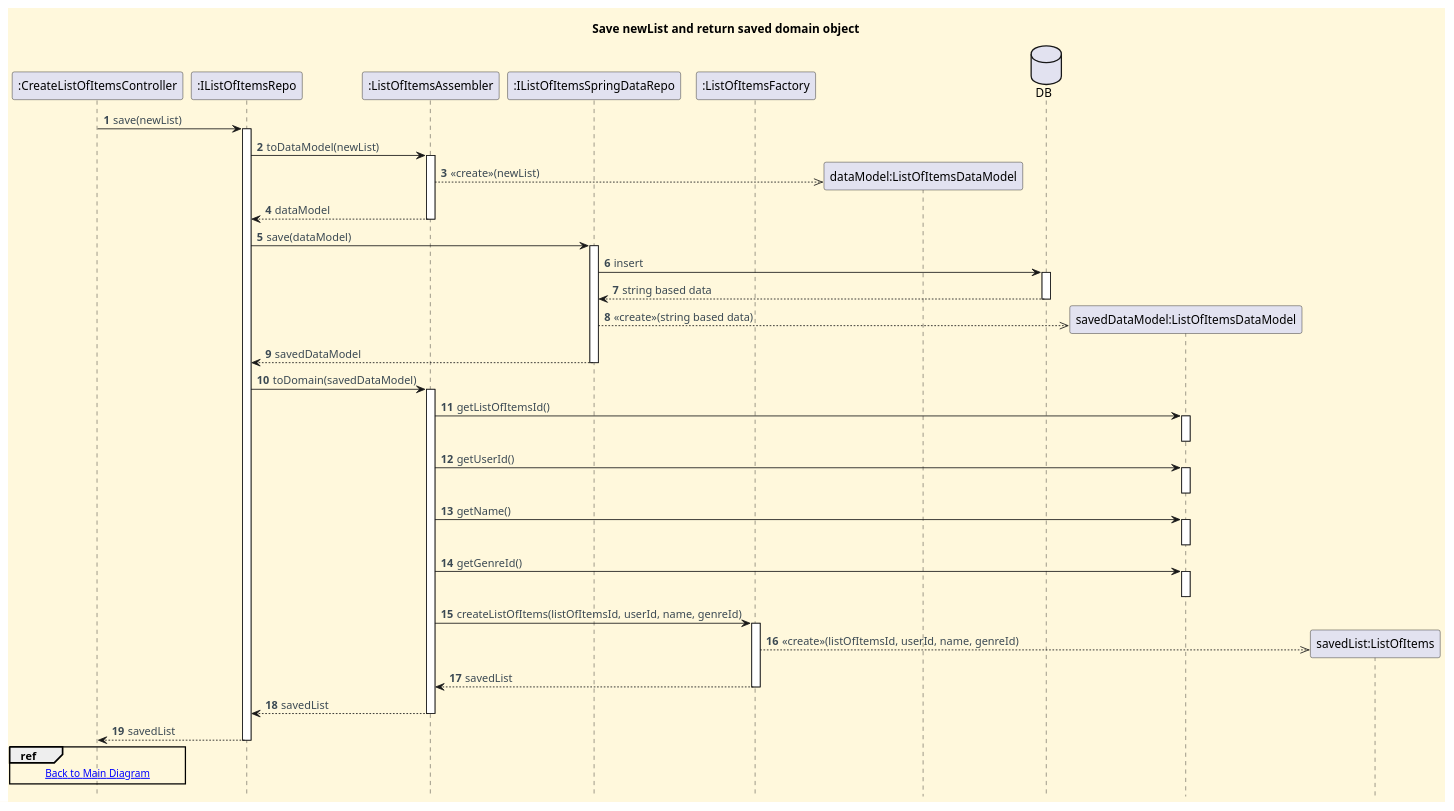
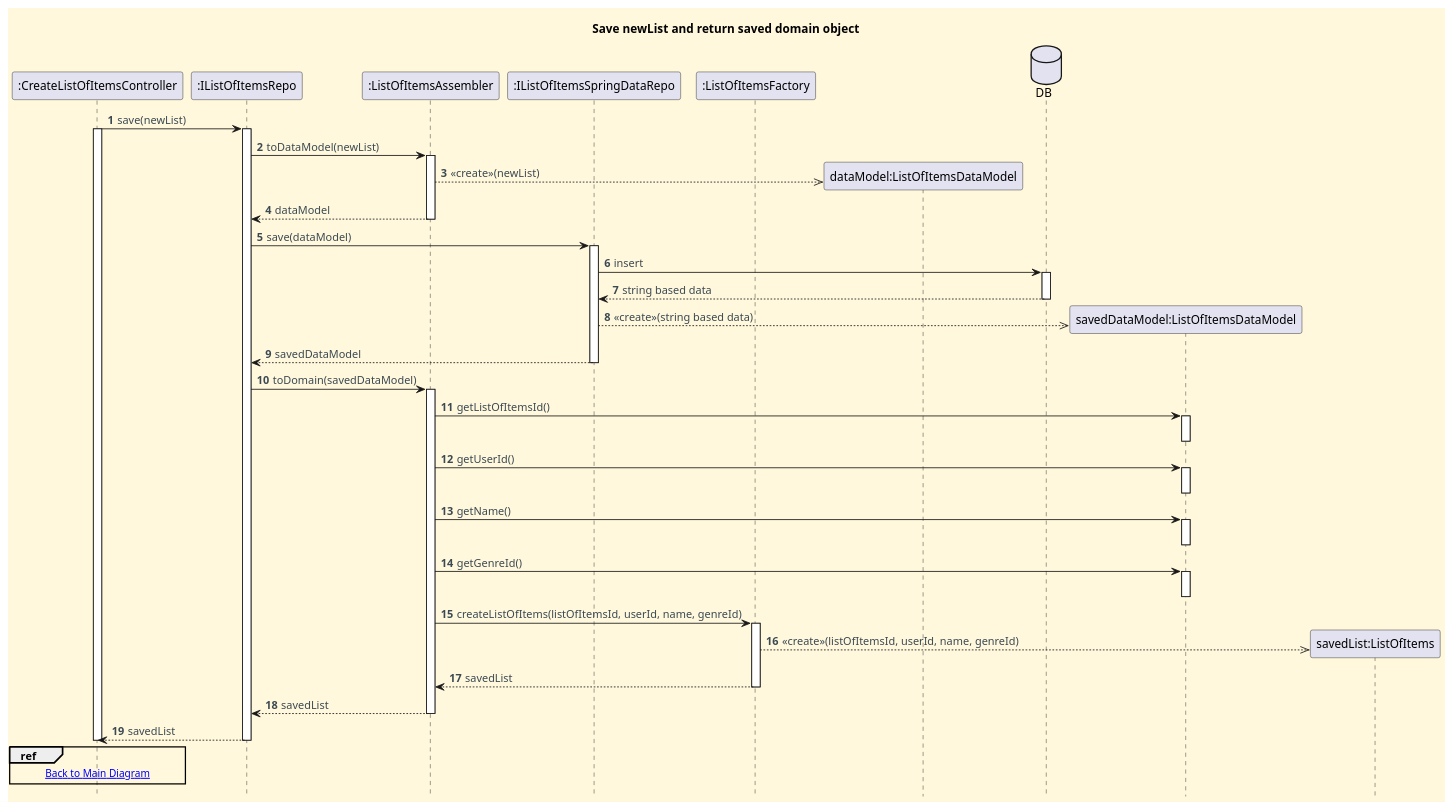
One commit to CarolinaLeite-collab/JavaMarketplacePlatform changed the diagram in docs/functionalities/user/add-my-publication-to-my-list/sd-ref-diagrams/Save_ListOfItems.puml. Above: the diagram before and after it, drawn with PlantUML. The commit also changed 1 other file, not shown here.

Commit message:
Refactor: Update US018 CD and Save SD ref diagram, Refs: #778

```diff
--- a/docs/functionalities/user/add-my-publication-to-my-list/sd-ref-diagrams/Save_ListOfItems.puml
+++ b/docs/functionalities/user/add-my-publication-to-my-list/sd-ref-diagrams/Save_ListOfItems.puml
@@ -1,82 +1,84 @@
 @startuml
 title Save newList and return saved domain object
 hide footbox
 
 skinparam monochrome false
 skinparam shadowing false
 skinparam defaultFontName Futura
 skinparam objectFontSize 20
 skinparam backgroundColor CornSilk
 skinparam objectBackgroundColor WhiteSmoke
 skinparam noteBackgroundColor #FFFFE0
 skinparam ArrowFontColor #3B4953
 skinparam ActivationBackgroundColor black
 
 autonumber
 autoactivate off
 
 participant ":CreateListOfItemsController" as Ctl
 participant ":IListOfItemsRepo" as IRepo
 participant ":ListOfItemsAssembler" as Assembler
 participant ":IListOfItemsSpringDataRepo" as jpa
 participant ":ListOfItemsFactory" as Factory
 
 "Ctl" -> IRepo : save(newList)
+activate Ctl
 activate IRepo
 
 IRepo -> Assembler : toDataModel(newList)
 activate Assembler
 create "dataModel:ListOfItemsDataModel"
 Assembler -->> "dataModel:ListOfItemsDataModel" : <<create>>(newList)
 Assembler --> IRepo : dataModel
 deactivate Assembler
 
 IRepo -> jpa : save(dataModel)
 activate jpa
 database "DB" as DB
 jpa -> DB : insert
 activate DB
 DB --> jpa : string based data
 deactivate DB
 create "savedDataModel:ListOfItemsDataModel"
 jpa -->> "savedDataModel:ListOfItemsDataModel" : <<create>>(string based data)
 jpa --> IRepo : savedDataModel
 deactivate jpa
 
 IRepo -> Assembler : toDomain(savedDataModel)
 activate Assembler
 
 Assembler -> "savedDataModel:ListOfItemsDataModel" : getListOfItemsId()
 activate "savedDataModel:ListOfItemsDataModel"
 deactivate "savedDataModel:ListOfItemsDataModel"
 
 Assembler -> "savedDataModel:ListOfItemsDataModel" : getUserId()
 activate "savedDataModel:ListOfItemsDataModel"
 deactivate "savedDataModel:ListOfItemsDataModel"
 
 Assembler -> "savedDataModel:ListOfItemsDataModel" : getName()
 activate "savedDataModel:ListOfItemsDataModel"
 deactivate "savedDataModel:ListOfItemsDataModel"
 
 Assembler -> "savedDataModel:ListOfItemsDataModel" : getGenreId()
 activate "savedDataModel:ListOfItemsDataModel"
 deactivate "savedDataModel:ListOfItemsDataModel"
 
 Assembler -> Factory : createListOfItems(listOfItemsId, userId, name, genreId)
 activate Factory
 create "savedList:ListOfItems"
 Factory -->> "savedList:ListOfItems" : <<create>>(listOfItemsId, userId, name, genreId)
 Factory --> Assembler : savedList
 deactivate Factory
 
 Assembler --> IRepo : savedList
 deactivate Assembler
 
 IRepo --> Ctl : savedList
 deactivate IRepo
+deactivate Ctl
 
 ref over Ctl
 [[../Add_My_Publication_To_My_List_SD.puml Back to Main Diagram]]
 end ref
 
 @enduml
```
